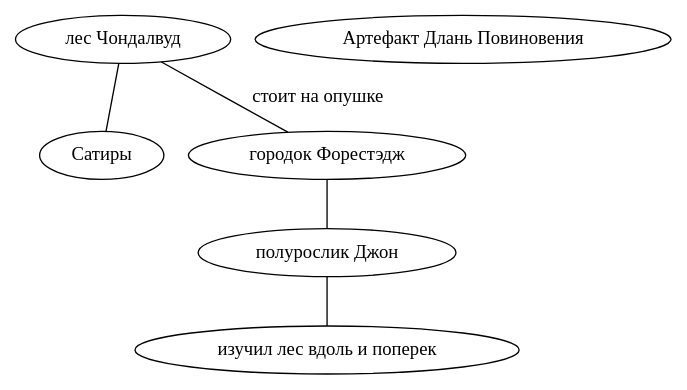
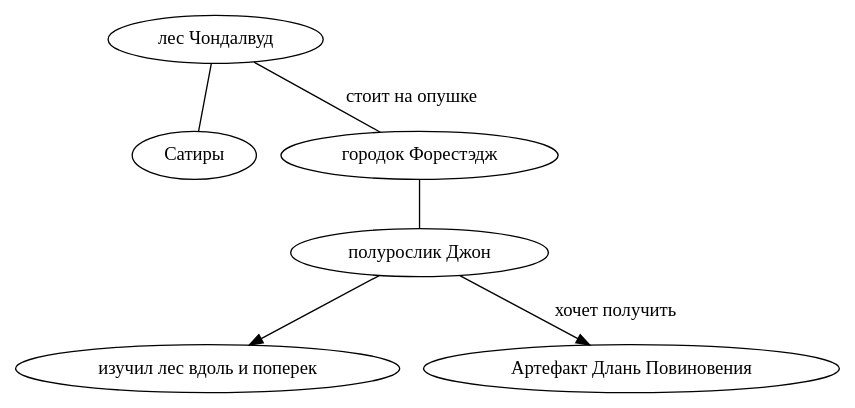
Before and after one commit to dima9891/modules-graphs: the diagram in graph_satir.gv, drawn with Graphviz. The commit also changed other lines of this file, not shown here.

Commit message:
Объявил все сущности в начале

```diff
--- a/graph_satir.gv
+++ b/graph_satir.gv
@@ -1,11 +1,19 @@
-graph graphname {
-   "лес Чондалвуд" -- "Сатиры";
-   "лес Чондалвуд" -- "городок Форестэдж" [label="стоит на опушке"];
-   "городок Форестэдж" -- "полурослик Джон"
+digraph graphname {
+
+//места
+"лес Чондалвуд";
+"лес Чондалвуд";
+//NPC
+"Сатиры";
+"полурослик Джон";
+
+   "лес Чондалвуд" -> "Сатиры" [dir=none]
+   "лес Чондалвуд" -> "городок Форестэдж" [dir=none label="стоит на опушке"]
+   "городок Форестэдж" -> "полурослик Джон" [dir=none]
    
    subgraph john
-   {"полурослик Джон" -- "изучил лес вдоль и поперек"}
+   {"полурослик Джон" -> "изучил лес вдоль и поперек"
+   	"полурослик Джон" -> "Артефакт Длань Повиновения" [label="хочет получить"]
+   }
   
-   "Артефакт Длань Повиновения"
-
 }
```
